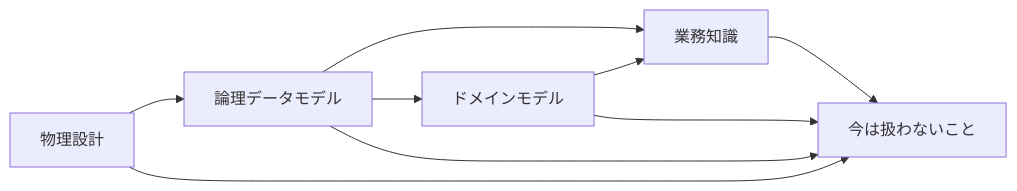
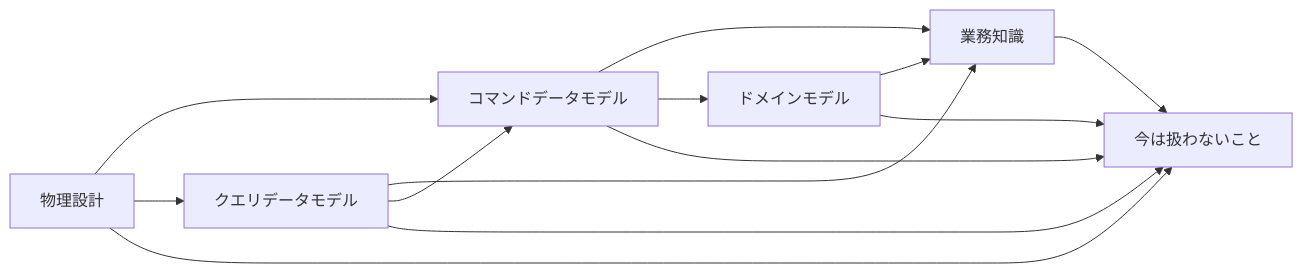
One commit to nakamori-naoya/write-doc-plugins changed the diagram in plugins/write-doc/skills/write-doc/assets/examples/document-map.example.md. Above: the diagram before and after it, drawn with Mermaid. The commit also changed other lines of this file and 27 other files, not shown here.

First line of the commit message:
feat!: 業務知識、コマンドデータモデル、クエリデータモデルの三つの型にする

````diff
--- a/plugins/write-doc/skills/write-doc/assets/examples/document-map.example.md
+++ b/plugins/write-doc/skills/write-doc/assets/examples/document-map.example.md
@@ -9,11 +9,15 @@
 ```mermaid
 flowchart LR
     ドメインモデル --> 業務知識
-    論理データモデル --> 業務知識
-    論理データモデル --> ドメインモデル
-    物理設計 --> 論理データモデル
+    コマンドデータモデル --> 業務知識
+    コマンドデータモデル --> ドメインモデル
+    クエリデータモデル --> 業務知識
+    クエリデータモデル --> コマンドデータモデル
+    物理設計 --> コマンドデータモデル
+    物理設計 --> クエリデータモデル
     業務知識 --> 今は扱わないこと
     ドメインモデル --> 今は扱わないこと
-    論理データモデル --> 今は扱わないこと
+    コマンドデータモデル --> 今は扱わないこと
+    クエリデータモデル --> 今は扱わないこと
     物理設計 --> 今は扱わないこと
 ```
````
